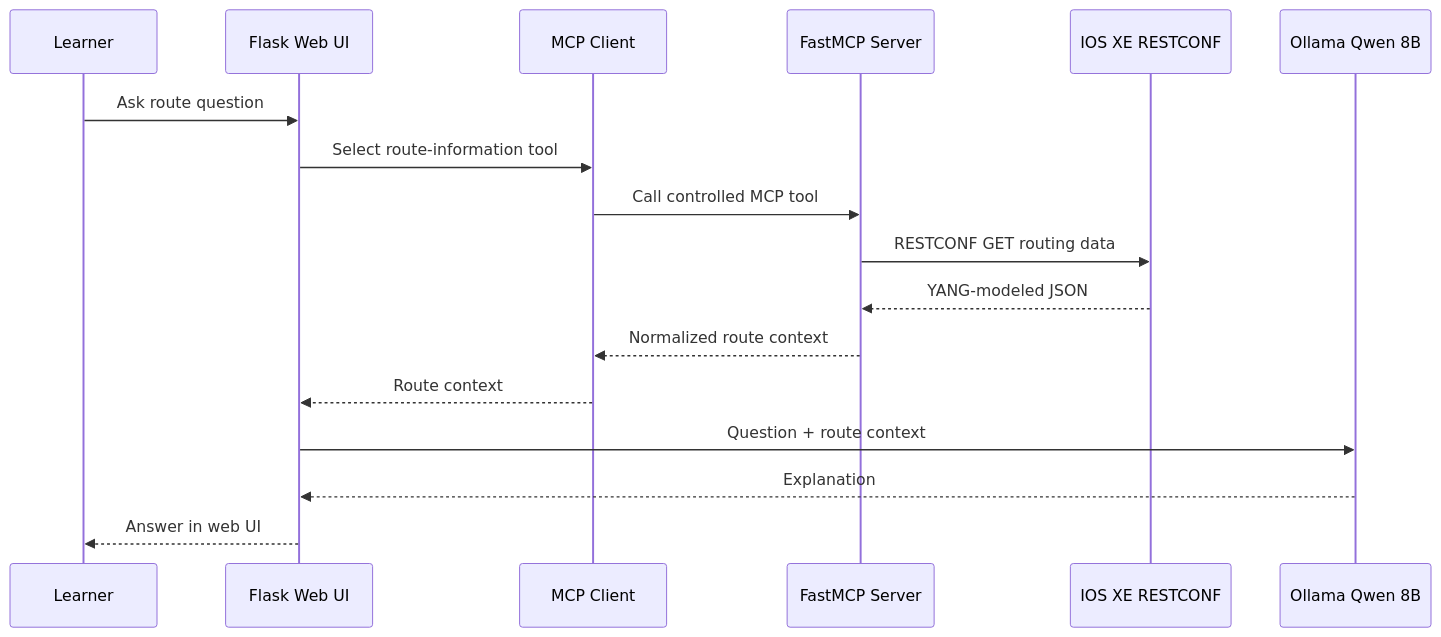
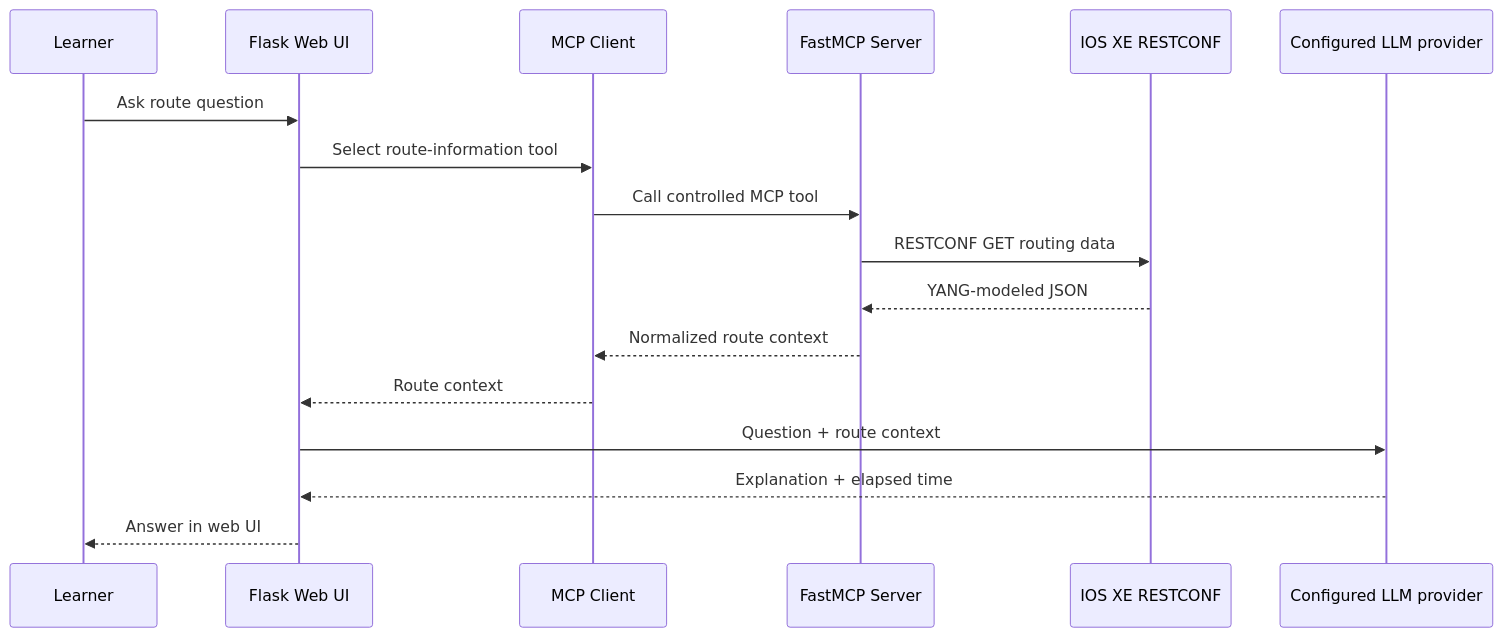
One commit to tanthanh85/CCNPAUTO changed the second of 2 diagrams in LAB/Lab15/Lab15.md. Above: the diagram before and after it, drawn with Mermaid. The commit also changed other lines of this file and 23 other files, not shown here.

````diff
--- a/LAB/Lab15/Lab15.md
+++ b/LAB/Lab15/Lab15.md
@@ -267,20 +326,20 @@
 ```mermaid
 sequenceDiagram
     participant U as Learner
     participant W as Flask Web UI
     participant C as MCP Client
     participant M as FastMCP Server
     participant D as IOS XE RESTCONF
-    participant O as Ollama Qwen 8B
+    participant L as Configured LLM provider
 
     U->>W: Ask route question
     W->>C: Select route-information tool
     C->>M: Call controlled MCP tool
     M->>D: RESTCONF GET routing data
     D-->>M: YANG-modeled JSON
     M-->>C: Normalized route context
     C-->>W: Route context
-    W->>O: Question + route context
-    O-->>W: Explanation
+    W->>L: Question + route context
+    L-->>W: Explanation + elapsed time
     W-->>U: Answer in web UI
 ```
````
